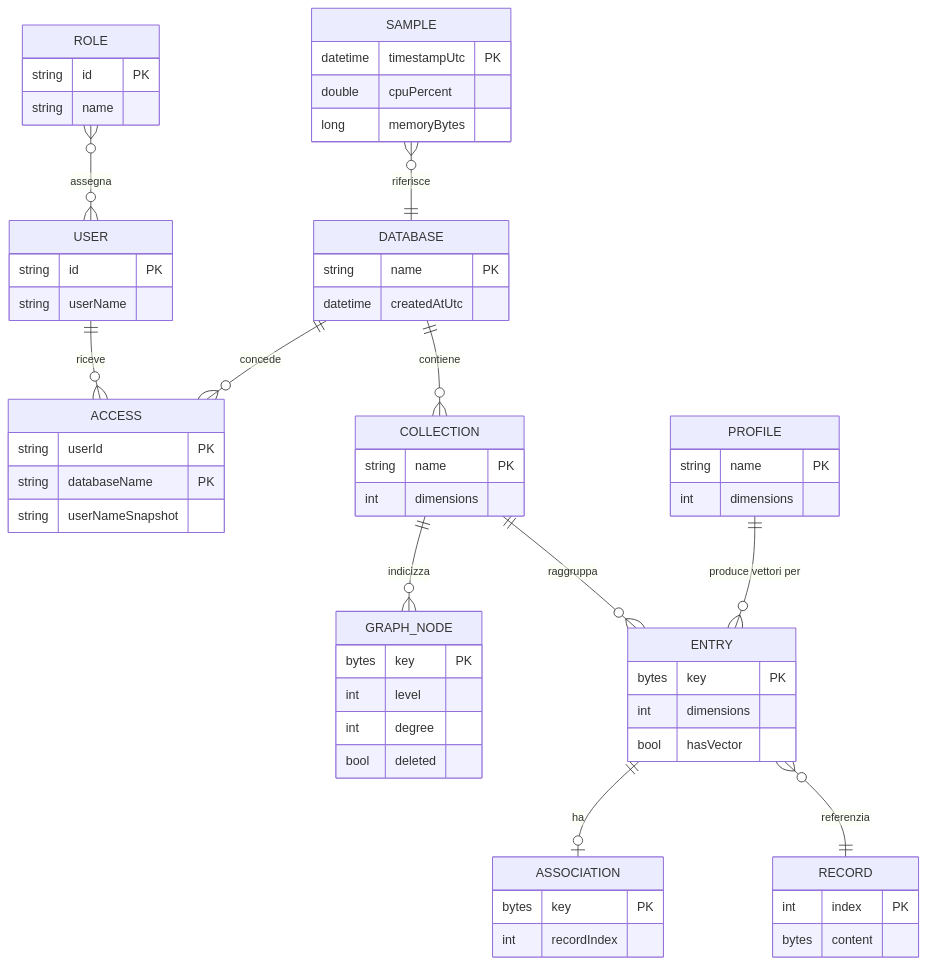
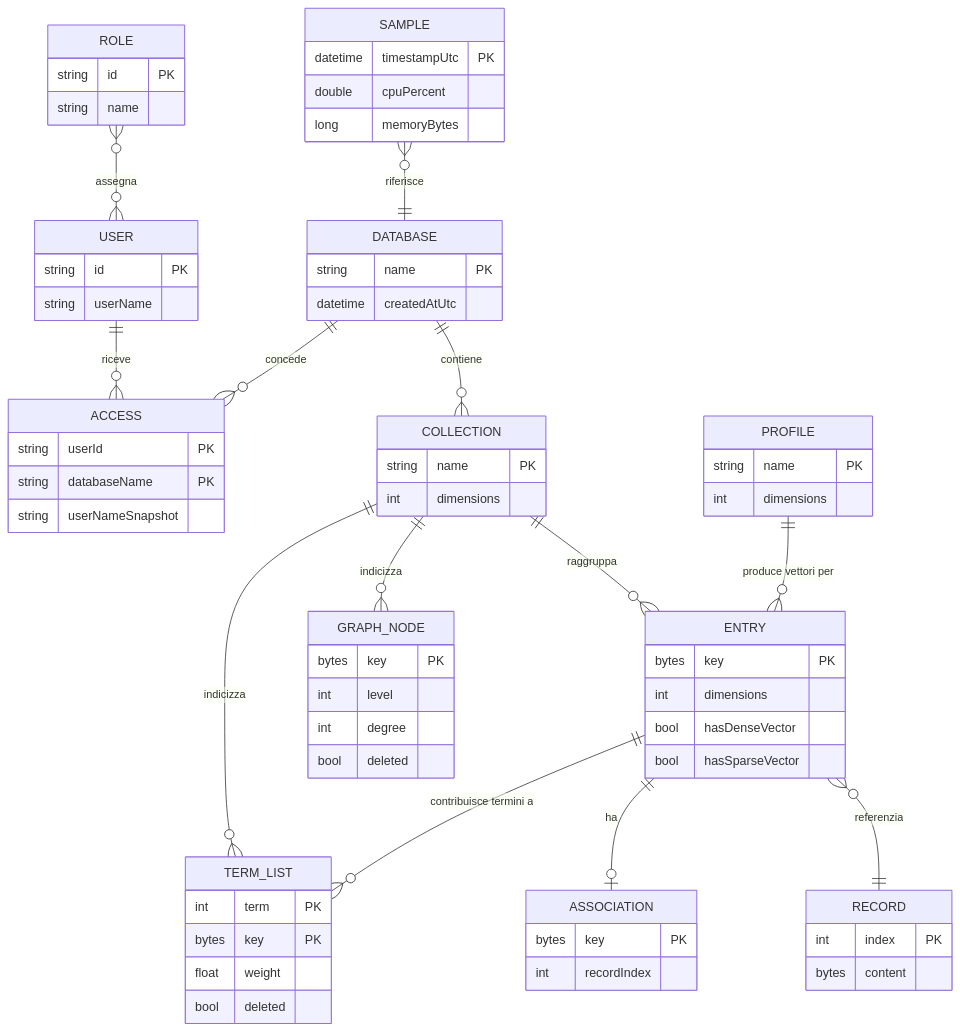
Before and after one commit to ppossanzini/Jigen: the sixth of 54 diagrams in analisys/docs/analysis/diagrams.md, drawn with Mermaid. The commit also changed other lines of this file and 73 other files, not shown here.

````diff
--- a/analisys/docs/analysis/diagrams.md
+++ b/analisys/docs/analysis/diagrams.md
@@ -154,63 +173,72 @@
 ```mermaid
 erDiagram
   DATABASE ||--o{ COLLECTION : "contiene"
   COLLECTION ||--o{ ENTRY : "raggruppa"
   ENTRY }o--|| RECORD : "referenzia"
   ENTRY ||--o| ASSOCIATION : "ha"
+  ENTRY ||--o{ TERM_LIST : "contribuisce termini a"
   COLLECTION ||--o{ GRAPH_NODE : "indicizza"
+  COLLECTION ||--o{ TERM_LIST : "indicizza"
   USER ||--o{ ACCESS : "riceve"
   ROLE }o--o{ USER : "assegna"
   DATABASE ||--o{ ACCESS : "concede"
   PROFILE ||--o{ ENTRY : "produce vettori per"
   SAMPLE }o--|| DATABASE : "riferisce"
 
   DATABASE {
     string name PK
     datetime createdAtUtc
   }
   COLLECTION {
     string name PK
     int dimensions
   }
   ENTRY {
     bytes key PK
     int dimensions
-    bool hasVector
+    bool hasDenseVector
+    bool hasSparseVector
+  }
+  TERM_LIST {
+    int term PK
+    bytes key PK
+    float weight
+    bool deleted
   }
   RECORD {
     int index PK
     bytes content
   }
   ASSOCIATION {
     bytes key PK
     int recordIndex
   }
   GRAPH_NODE {
     bytes key PK
     int level
     int degree
     bool deleted
   }
   USER {
     string id PK
     string userName
   }
   ROLE {
     string id PK
     string name
   }
   ACCESS {
     string userId PK
     string databaseName PK
     string userNameSnapshot
   }
   PROFILE {
     string name PK
     int dimensions
   }
   SAMPLE {
     datetime timestampUtc PK
     double cpuPercent
     long memoryBytes
   }
 ```
````
